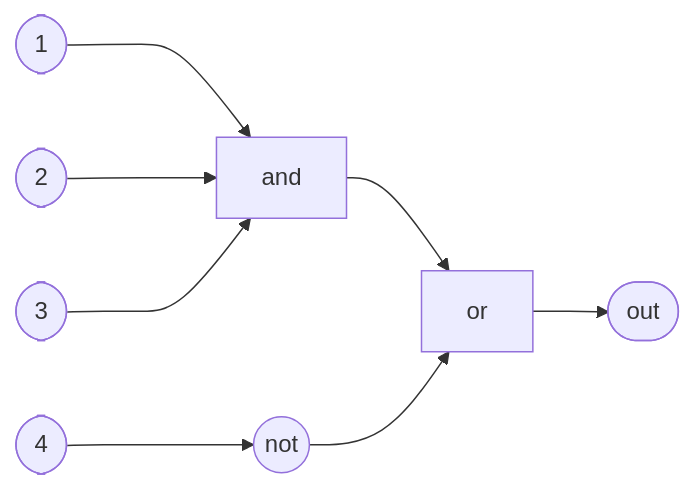
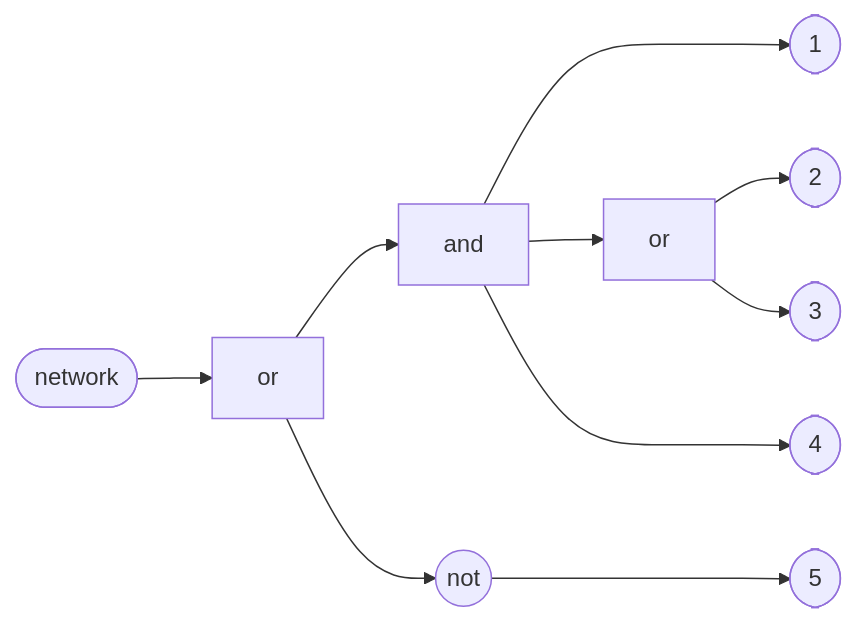
The first of 2 diagrams in logic.md (roninbar/logic), drawn with Mermaid before and after one commit. The commit also changed other lines of this file, not shown here.

Commit message:
Update the diagrams.

````diff
--- a/logic.md
+++ b/logic.md
@@ -1,6 +1,8 @@
 ```mermaid
 graph LR
-    term1([1]) & term2([2]) & term3([3]) ---> and[and]
-    term4([4]) ---> not((not))
-    and & not --> or[or] --> out([out])
+    and ---> term1([1])
+    and[and] --> or2[or] --> term2([2]) & term3([3])
+    and ---> term4([4])
+    not((not)) ---> term5([5])
+    out([network]) --> or[or] --> and & not
 ```
````
